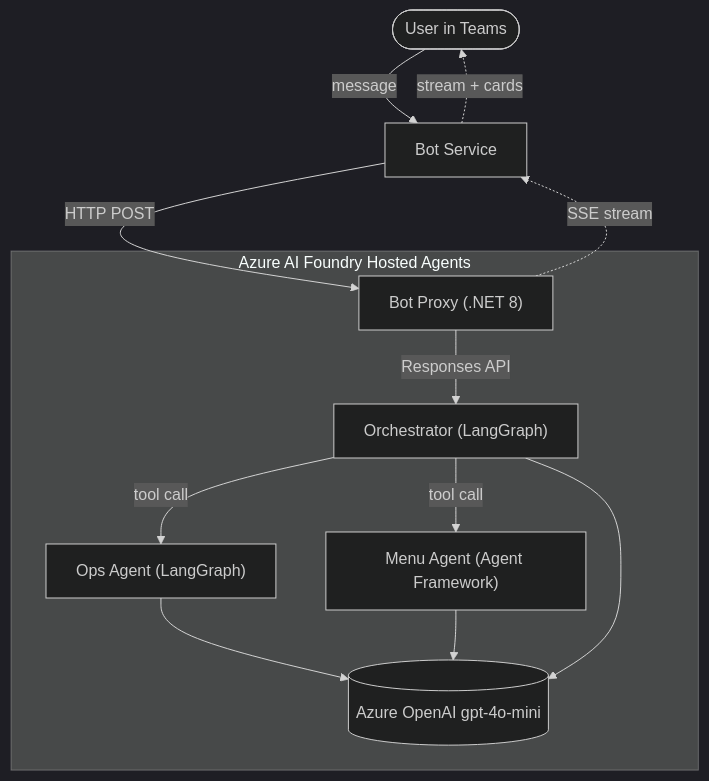
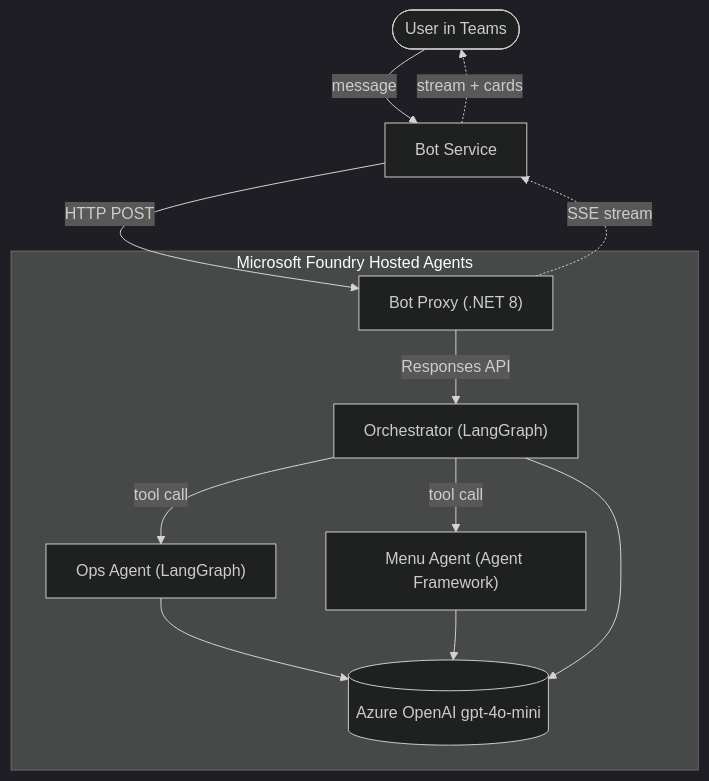
One commit to nicksangeorge/foundry-teams-hosted-agenthub changed the diagram in README.md. Above: the diagram before and after it, drawn with Mermaid (dark theme). The commit also changed other lines of this file and 21 other files, not shown here.

Commit message:
Rename Azure AI Foundry to Microsoft Foundry across all text and comments

````diff
--- a/README.md
+++ b/README.md
@@ -19,24 +19,24 @@
 ```mermaid
 flowchart TB
     User(["User in Teams"])
     Bot["Bot Service"]
     Proxy["Bot Proxy (.NET 8)"]
     Orch["Orchestrator (LangGraph)"]
     Ops["Ops Agent (LangGraph)"]
     Menu["Menu Agent (Agent Framework)"]
     LLM[("Azure OpenAI gpt-4o-mini")]
 
     User -->|message| Bot
     Bot -->|HTTP POST| Proxy
     Proxy -.->|SSE stream| Bot
     Bot -.->|stream + cards| User
 
-    subgraph Foundry["Azure AI Foundry Hosted Agents"]
+    subgraph Foundry["Microsoft Foundry Hosted Agents"]
         Proxy -->|Responses API| Orch
         Orch -->|tool call| Ops
         Orch -->|tool call| Menu
         Ops --> LLM
         Menu --> LLM
         Orch --> LLM
     end
 ```
````
